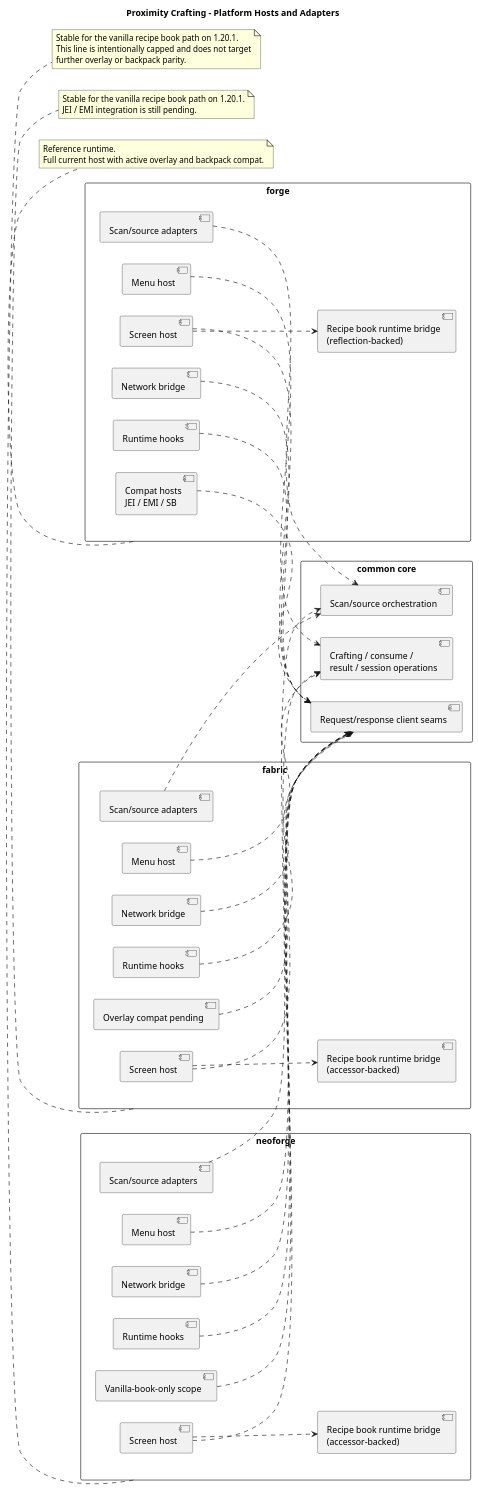
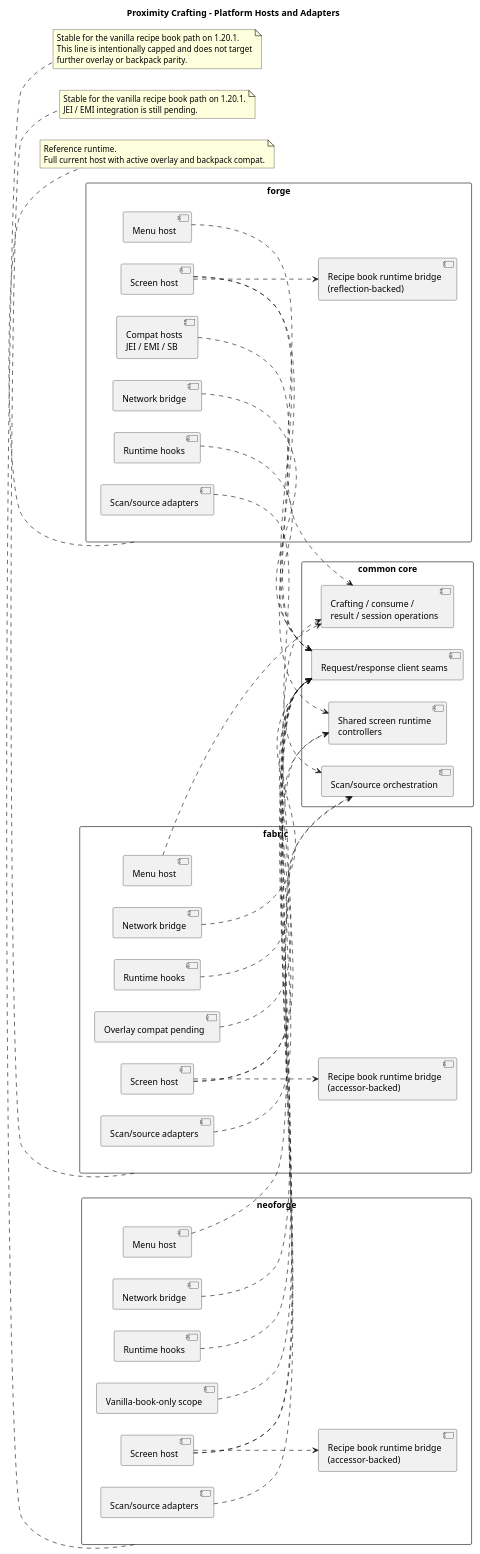
Before and after one commit to Maeiro/Nearby-Crafting: the diagram in docs/architecture/04-platform-hosts-and-adapters.puml, drawn with PlantUML. The commit also changed 14 other files, not shown here.

Commit message:
refactor(runtime): extract shared screen controllers

```diff
--- a/docs/architecture/04-platform-hosts-and-adapters.puml
+++ b/docs/architecture/04-platform-hosts-and-adapters.puml
@@ -1,82 +1,86 @@
 @startuml
 title Proximity Crafting - Platform Hosts and Adapters
 left to right direction
 skinparam shadowing false
 skinparam packageStyle rectangle
 
 package "common core" as CommonCore {
   component "Crafting / consume /\nresult / session operations" as CommonRuntime
   component "Request/response client seams" as CommonClientSeams
+  component "Shared screen runtime\ncontrollers" as CommonScreenRuntime
   component "Scan/source orchestration" as CommonScan
 }
 
 package "forge" as ForgeHost {
   component "Menu host" as ForgeMenu
   component "Screen host" as ForgeScreen
   component "Recipe book runtime bridge\n(reflection-backed)" as ForgeRecipeBookBridge
   component "Network bridge" as ForgeNetwork
   component "Runtime hooks" as ForgeRuntimeHooks
   component "Scan/source adapters" as ForgeScanAdapters
   component "Compat hosts\nJEI / EMI / SB" as ForgeCompatHosts
 }
 
 package "fabric" as FabricHost {
   component "Menu host" as FabricMenu
   component "Screen host" as FabricScreen
   component "Recipe book runtime bridge\n(accessor-backed)" as FabricRecipeBookBridge
   component "Network bridge" as FabricNetwork
   component "Runtime hooks" as FabricRuntimeHooks
   component "Scan/source adapters" as FabricScanAdapters
   component "Overlay compat pending" as FabricCompatPending
 }
 
 package "neoforge" as NeoForgeHost {
   component "Menu host" as NeoForgeMenu
   component "Screen host" as NeoForgeScreen
   component "Recipe book runtime bridge\n(accessor-backed)" as NeoForgeRecipeBookBridge
   component "Network bridge" as NeoForgeNetwork
   component "Runtime hooks" as NeoForgeRuntimeHooks
   component "Scan/source adapters" as NeoForgeScanAdapters
   component "Vanilla-book-only scope" as NeoForgeVanillaOnly
 }
 
 ForgeMenu ..> CommonRuntime
 ForgeScreen ..> CommonClientSeams
+ForgeScreen ..> CommonScreenRuntime
 ForgeScreen ..> ForgeRecipeBookBridge
 ForgeNetwork ..> CommonClientSeams
 ForgeRuntimeHooks ..> CommonClientSeams
 ForgeScanAdapters ..> CommonScan
 ForgeCompatHosts ..> CommonClientSeams
 
 FabricMenu ..> CommonRuntime
 FabricScreen ..> CommonClientSeams
+FabricScreen ..> CommonScreenRuntime
 FabricScreen ..> FabricRecipeBookBridge
 FabricNetwork ..> CommonClientSeams
 FabricRuntimeHooks ..> CommonClientSeams
 FabricScanAdapters ..> CommonScan
 FabricCompatPending ..> CommonClientSeams
 
 NeoForgeMenu ..> CommonRuntime
 NeoForgeScreen ..> CommonClientSeams
+NeoForgeScreen ..> CommonScreenRuntime
 NeoForgeScreen ..> NeoForgeRecipeBookBridge
 NeoForgeNetwork ..> CommonClientSeams
 NeoForgeRuntimeHooks ..> CommonClientSeams
 NeoForgeScanAdapters ..> CommonScan
 NeoForgeVanillaOnly ..> CommonClientSeams
 
 note bottom of ForgeHost
 Reference runtime.
 Full current host with active overlay and backpack compat.
 end note
 
 note bottom of FabricHost
 Stable for the vanilla recipe book path on 1.20.1.
 JEI / EMI integration is still pending.
 end note
 
 note bottom of NeoForgeHost
 Stable for the vanilla recipe book path on 1.20.1.
 This line is intentionally capped and does not target
 further overlay or backpack parity.
 end note
 @enduml
```
